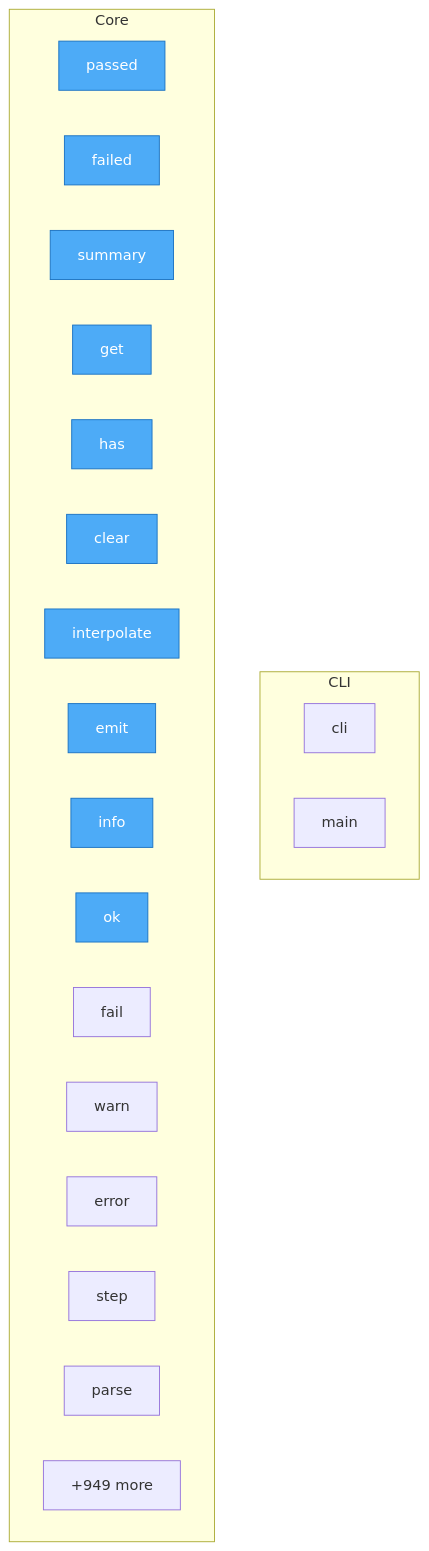
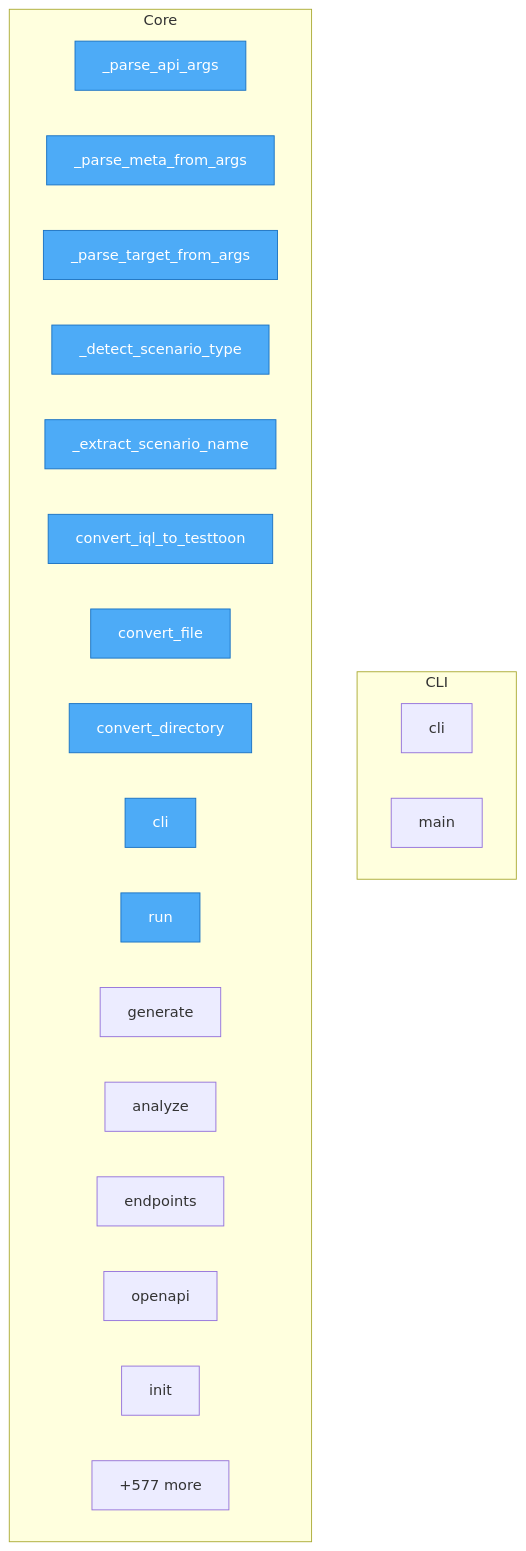
One commit to oqlos/testql changed the diagram in project/flow.mmd. Above: the diagram before and after it, drawn with Mermaid. The commit also changed 32 other files, not shown here.

```diff
--- a/project/flow.mmd
+++ b/project/flow.mmd
@@ -1,30 +1,30 @@
 flowchart TD
 
     %% Entry points (blue)
     classDef entry fill:#4dabf7,stroke:#1971c2,color:#fff
 
     subgraph CLI
         testql__cli__cli["cli"]
         testql__cli__main["main"]
     end
 
     subgraph Core
-        SUMR__passed["passed"]
-        SUMR__failed["failed"]
-        SUMR__summary["summary"]
-        SUMR__get["get"]
-        SUMR__has["has"]
-        SUMR__clear["clear"]
-        SUMR__interpolate["interpolate"]
-        SUMR__emit["emit"]
-        SUMR__info["info"]
-        SUMR__ok["ok"]
-        SUMR__fail["fail"]
-        SUMR__warn["warn"]
-        SUMR__error["error"]
-        SUMR__step["step"]
-        SUMR__parse["parse"]
-        ...["+949 more"]
+        code2llm_output__map__toon___parse_api_args["_parse_api_args"]
+        code2llm_output__map__toon___parse_meta_from_args["_parse_meta_from_args"]
+        code2llm_output__map__toon___parse_target_from_args["_parse_target_from_args"]
+        code2llm_output__map__toon___detect_scenario_type["_detect_scenario_type"]
+        code2llm_output__map__toon___extract_scenario_name["_extract_scenario_name"]
+        code2llm_output__map__toon__convert_iql_to_testtoon["convert_iql_to_testtoon"]
+        code2llm_output__map__toon__convert_file["convert_file"]
+        code2llm_output__map__toon__convert_directory["convert_directory"]
+        code2llm_output__map__toon__cli["cli"]
+        code2llm_output__map__toon__run["run"]
+        code2llm_output__map__toon__generate["generate"]
+        code2llm_output__map__toon__analyze["analyze"]
+        code2llm_output__map__toon__endpoints["endpoints"]
+        code2llm_output__map__toon__openapi["openapi"]
+        code2llm_output__map__toon__init["init"]
+        ...["+577 more"]
     end
 
-    class SUMR__passed,SUMR__failed,SUMR__summary,SUMR__get,SUMR__has,SUMR__clear,SUMR__interpolate,SUMR__emit,SUMR__info,SUMR__ok entry
+    class code2llm_output__map__toon___parse_api_args,code2llm_output__map__toon___parse_meta_from_args,code2llm_output__map__toon___parse_target_from_args,code2llm_output__map__toon___detect_scenario_type,code2llm_output__map__toon___extract_scenario_name,code2llm_output__map__toon__convert_iql_to_testtoon,code2llm_output__map__toon__convert_file,code2llm_output__map__toon__convert_directory,code2llm_output__map__toon__cli,code2llm_output__map__toon__run entry
```
